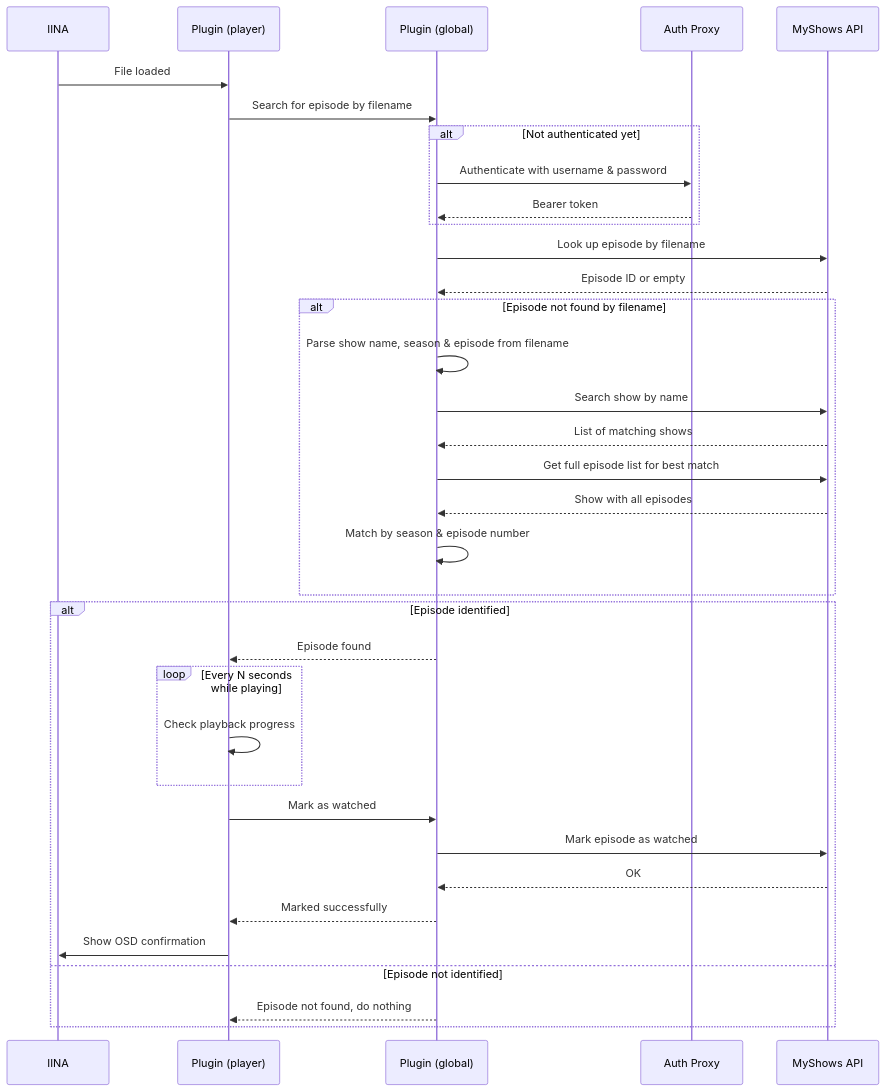
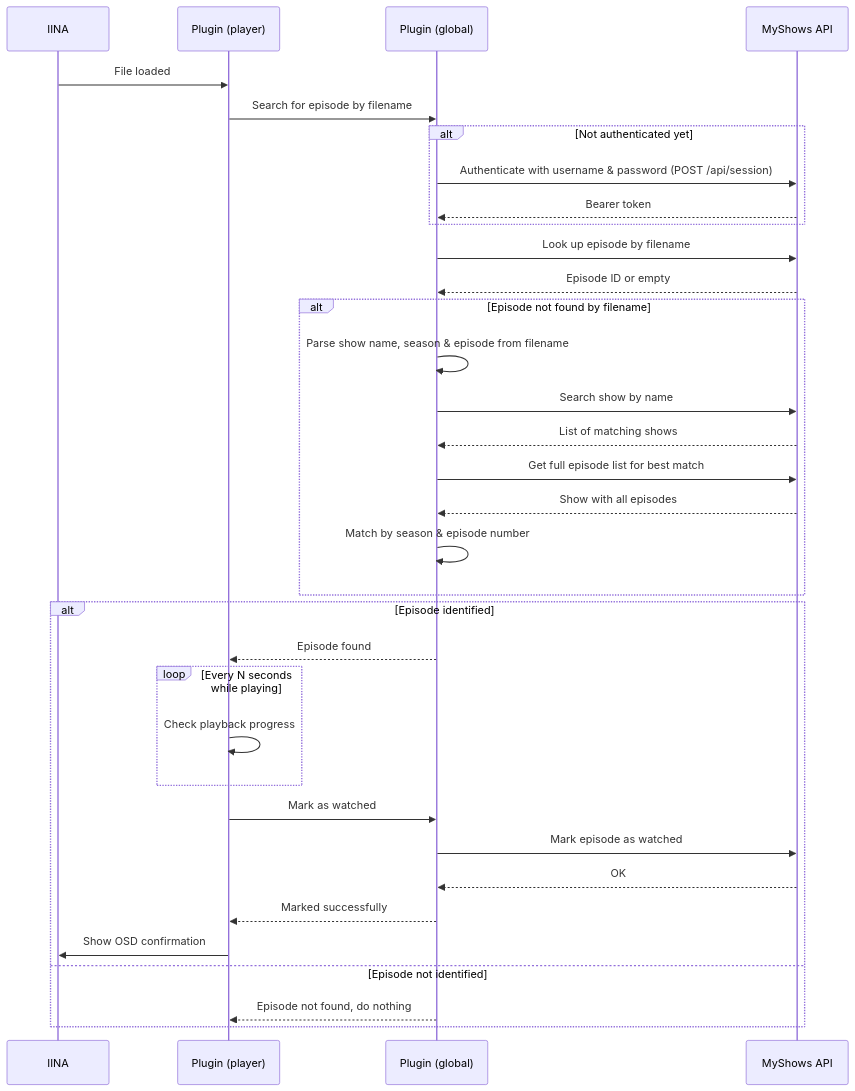
Before and after one commit to amiv1/iina-plugin-myshows: the diagram in README.md, drawn with Mermaid. The commit also changed other lines of this file and 11 other files, not shown here.

First line of the commit message:
feat: Get rid of auth proxy

````diff
--- a/README.md
+++ b/README.md
@@ -41,42 +41,41 @@
 ```mermaid
 sequenceDiagram
     participant IINA
     participant Player as Plugin (player)
     participant Global as Plugin (global)
-    participant Proxy as Auth Proxy
     participant API as MyShows API
 
     IINA->>Player: File loaded
     Player->>Global: Search for episode by filename
 
     alt Not authenticated yet
-        Global->>Proxy: Authenticate with username & password
-        Proxy-->>Global: Bearer token
+        Global->>API: Authenticate with username & password (POST /api/session)
+        API-->>Global: Bearer token
     end
 
     Global->>API: Look up episode by filename
     API-->>Global: Episode ID or empty
 
     alt Episode not found by filename
         Global->>Global: Parse show name, season & episode from filename
         Global->>API: Search show by name
         API-->>Global: List of matching shows
         Global->>API: Get full episode list for best match
         API-->>Global: Show with all episodes
         Global->>Global: Match by season & episode number
     end
 
     alt Episode identified
         Global-->>Player: Episode found
         loop Every N seconds while playing
             Player->>Player: Check playback progress
         end
         Player->>Global: Mark as watched
         Global->>API: Mark episode as watched
         API-->>Global: OK
         Global-->>Player: Marked successfully
         Player->>IINA: Show OSD confirmation
     else Episode not identified
         Global-->>Player: Episode not found, do nothing
     end
 ```
````
